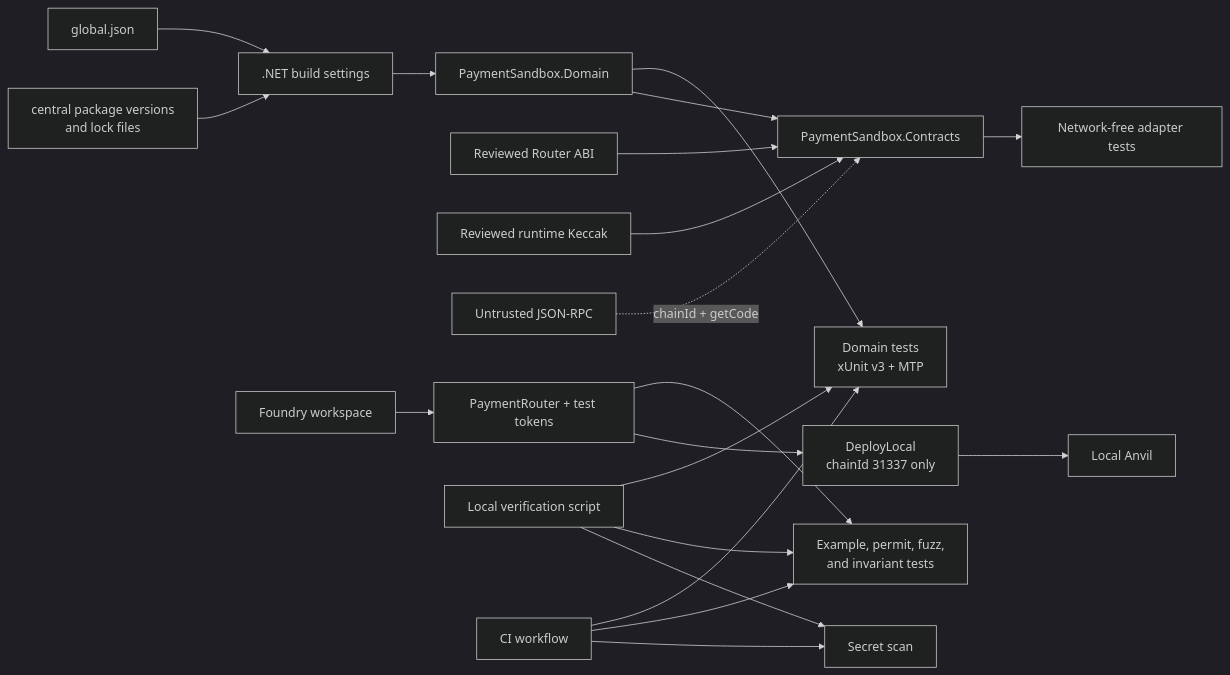
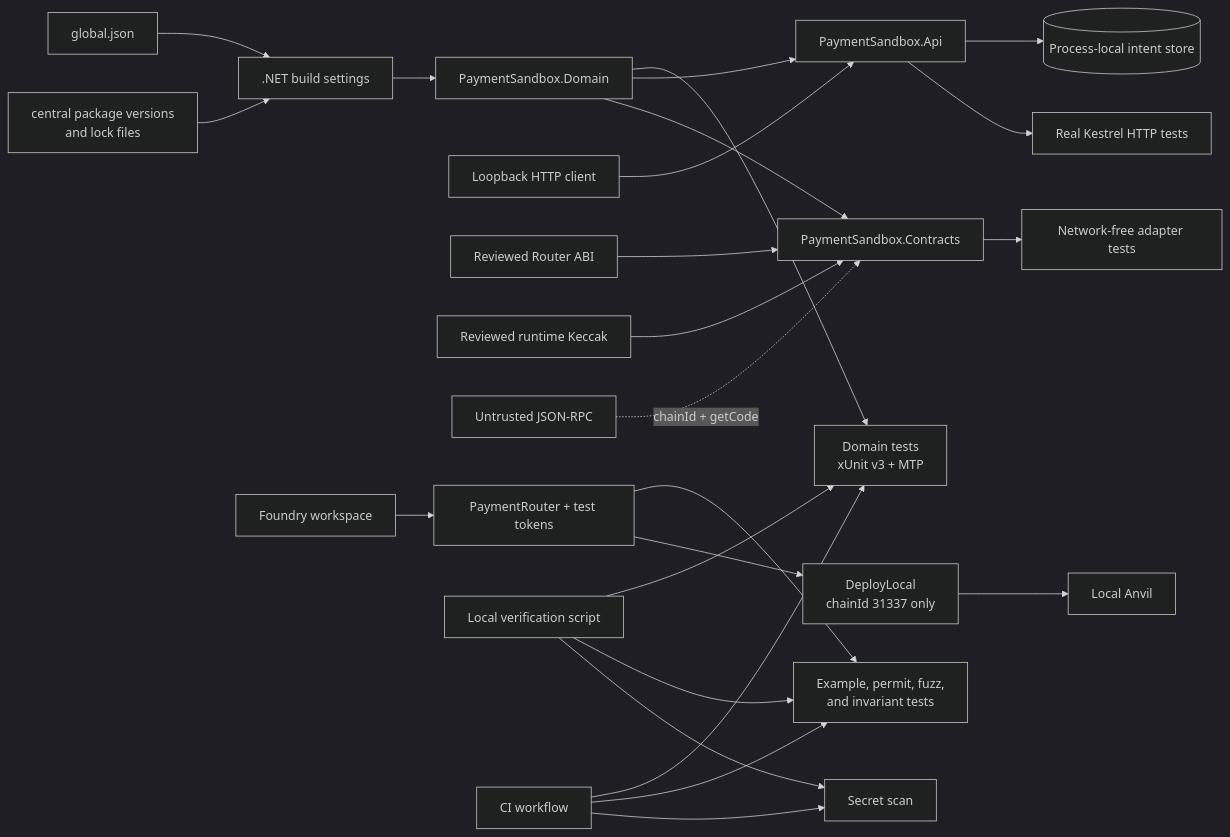
The first of 2 diagrams in docs/architecture.md (xiaocaiisxiaocai/dotnet-evm-payment-sandbox), drawn with Mermaid (dark theme) before and after one commit. The commit also changed other lines of this file and 28 other files, not shown here.

Commit message:
Add Week 6 payment intent API

````diff
--- a/docs/architecture.md
+++ b/docs/architecture.md
@@ -14,24 +14,28 @@
 ```mermaid
 flowchart LR
     SDK[global.json] --> Build[.NET build settings]
     Packages[central package versions<br/>and lock files] --> Build
     Build --> Domain[PaymentSandbox.Domain]
     Domain --> DomainTests[Domain tests<br/>xUnit v3 + MTP]
+    Domain --> API[PaymentSandbox.Api]
+    Client[Loopback HTTP client] --> API
+    API --> Memory[(Process-local intent store)]
+    API --> APITests[Real Kestrel HTTP tests]
     Domain --> Contracts[PaymentSandbox.Contracts]
     ABI[Reviewed Router ABI] --> Contracts
     Baseline[Reviewed runtime Keccak] --> Contracts
     RPC[Untrusted JSON-RPC] -. chainId + getCode .-> Contracts
     Contracts --> ContractAdapterTests[Network-free adapter tests]
 
     Foundry[Foundry workspace] --> Router[PaymentRouter + test tokens]
     Router --> ContractChecks[Example, permit, fuzz,<br/>and invariant tests]
     Router --> Deploy[DeployLocal<br/>chainId 31337 only]
     Deploy --> Anvil[Local Anvil]
 
     Verify[Local verification script] --> DomainTests
     Verify --> ContractChecks
     Verify --> SecretScan[Secret scan]
     CI[CI workflow] --> DomainTests
     CI --> ContractChecks
     CI --> SecretScan
 ```
````
